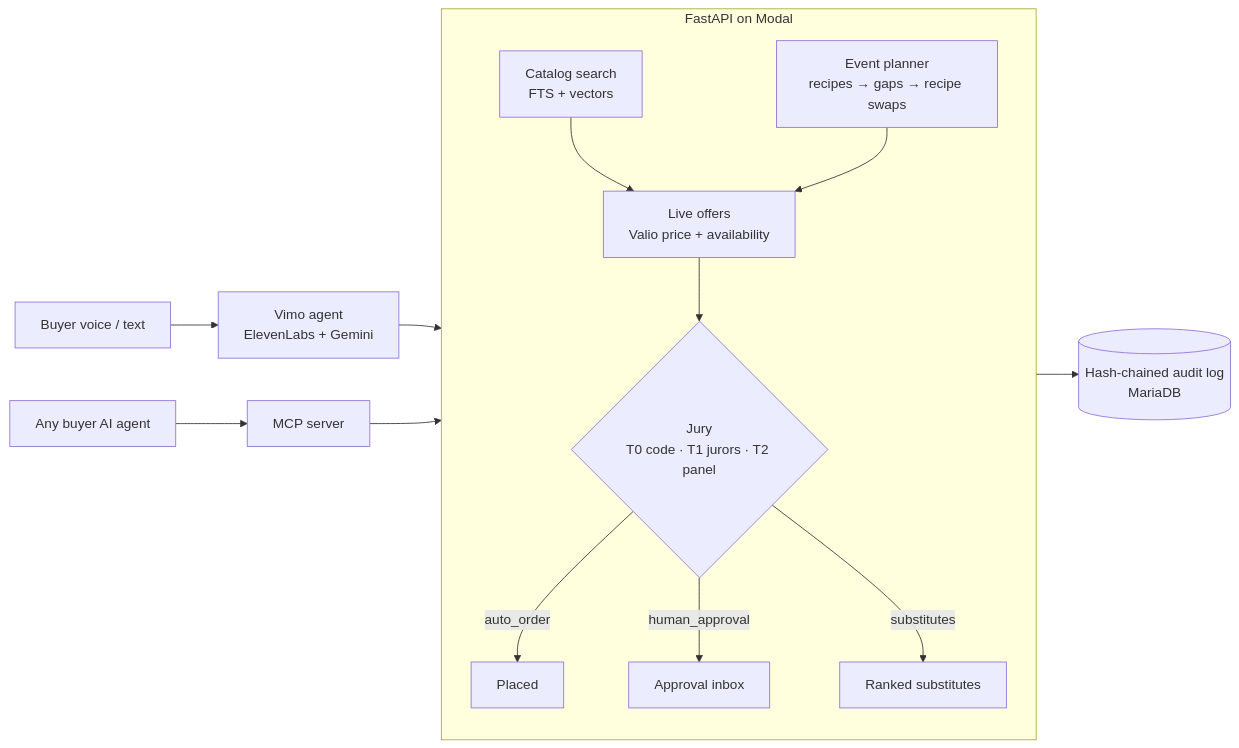
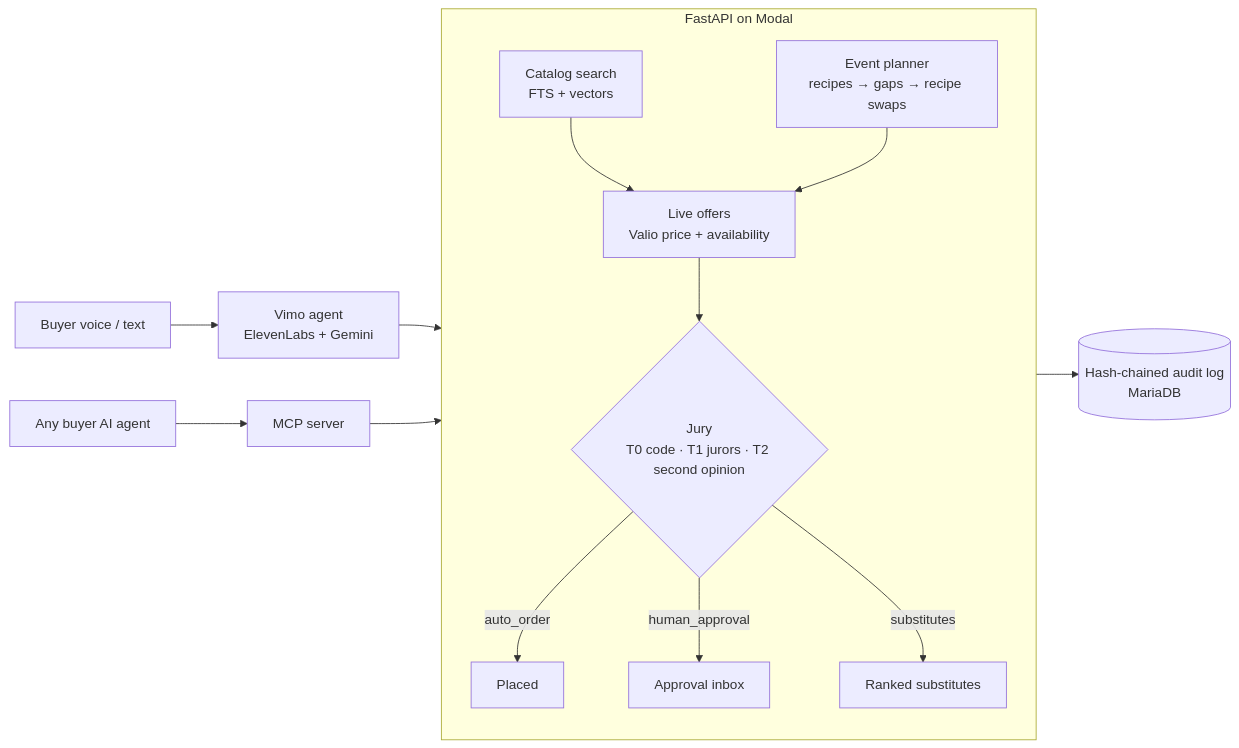
The diagram in README.md (robert-osvath/Junction2026HelloWorld), drawn with Mermaid before and after one commit. The commit also changed other lines of this file, not shown here.

````diff
--- a/README.md
+++ b/README.md
@@ -39,16 +39,16 @@
 ```mermaid
 flowchart LR
     B[Buyer voice / text] --> V[Vimo agent<br/>ElevenLabs + Gemini]
     X[Any buyer AI agent] --> M[MCP server]
     V --> API
     M --> API
     subgraph API[FastAPI on Modal]
       C[Catalog search<br/>FTS + vectors] --> O[Live offers<br/>Valio price + availability]
-      O --> J{Jury<br/>T0 code · T1 jurors · T2 panel}
+      O --> J{Jury<br/>T0 code · T1 jurors · T2 second opinion}
       J -->|auto_order| P[Placed]
       J -->|human_approval| H[Approval inbox]
       J -->|substitutes| S[Ranked substitutes]
       E[Event planner<br/>recipes → gaps → recipe swaps] --> O
     end
     API --> A[(Hash-chained audit log<br/>MariaDB)]
 ```
````
